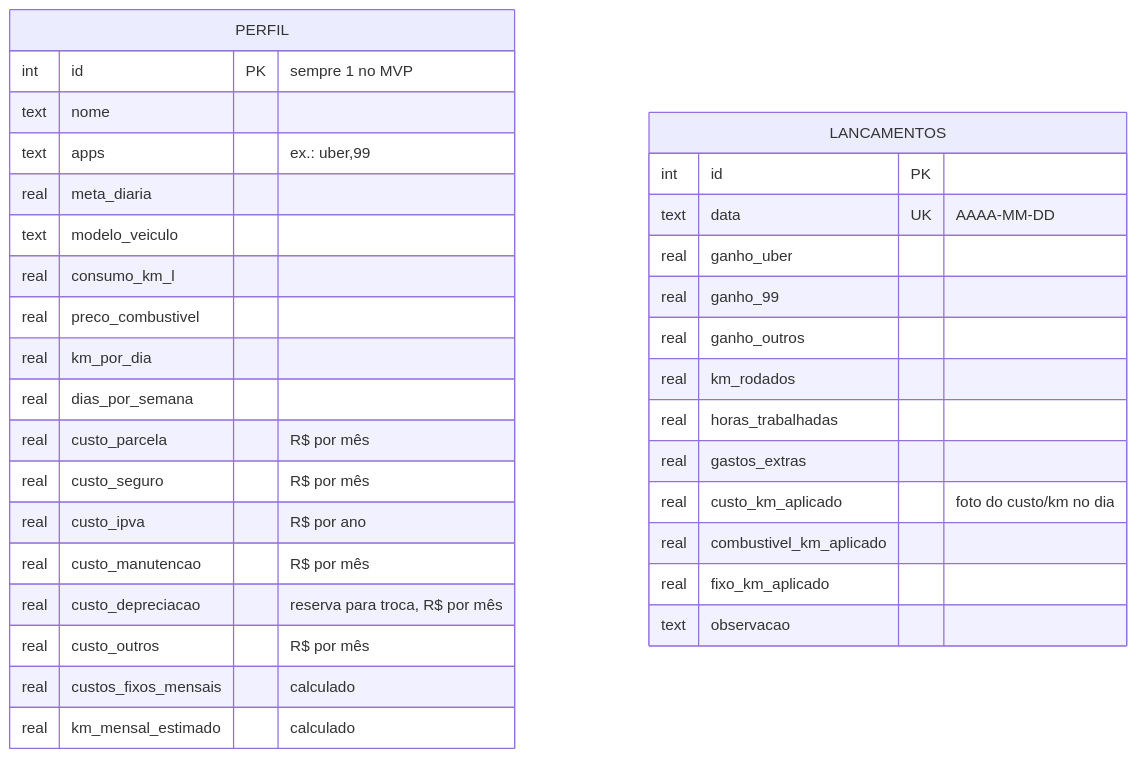
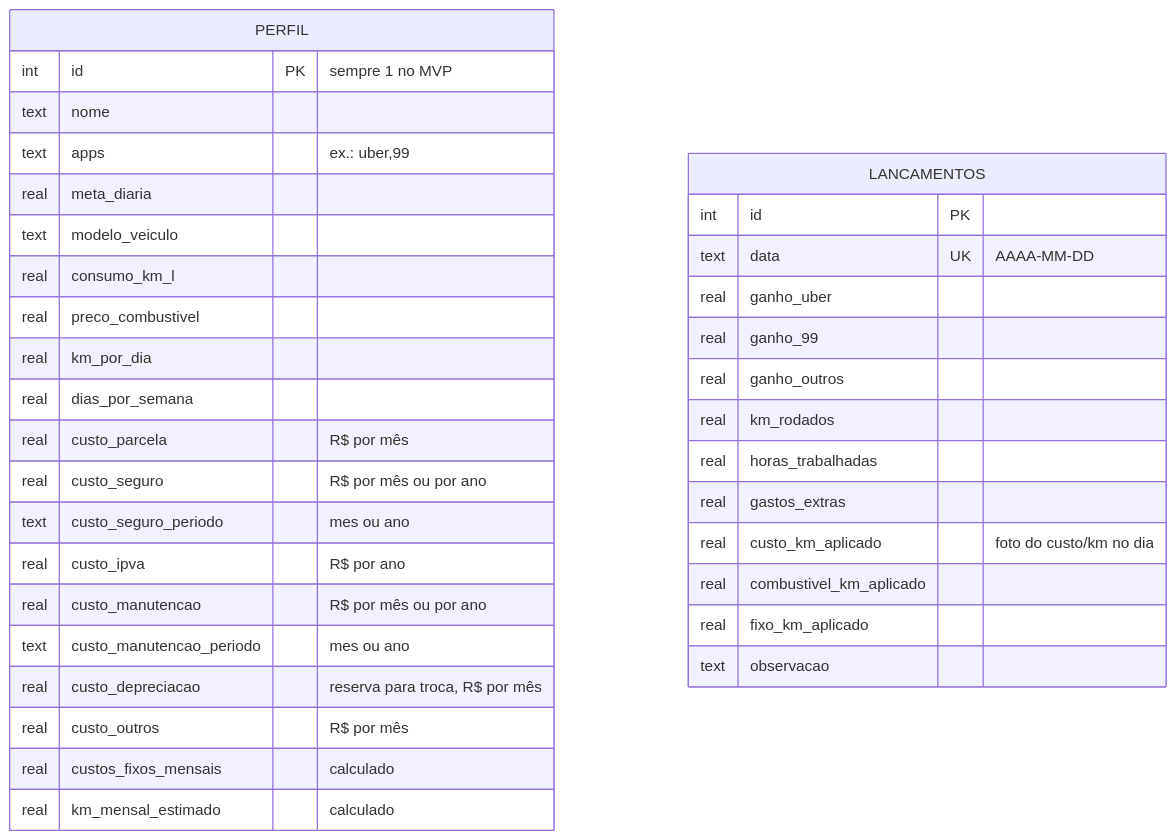
The second of 2 diagrams in README.md (lucasMD10/Quilo-metro-Labs), drawn with Mermaid before and after one commit. The commit also changed other lines of this file and 12 other files, not shown here.

First line of the commit message:
feat: seguro e manutenção por mês ou por ano

````diff
--- a/README.md
+++ b/README.md
@@ -204,36 +205,38 @@
 ```mermaid
 erDiagram
   PERFIL {
     int id PK "sempre 1 no MVP"
     text nome
     text apps "ex.: uber,99"
     real meta_diaria
     text modelo_veiculo
     real consumo_km_l
     real preco_combustivel
     real km_por_dia
     real dias_por_semana
     real custo_parcela "R$ por mês"
-    real custo_seguro "R$ por mês"
+    real custo_seguro "R$ por mês ou por ano"
+    text custo_seguro_periodo "mes ou ano"
     real custo_ipva "R$ por ano"
-    real custo_manutencao "R$ por mês"
+    real custo_manutencao "R$ por mês ou por ano"
+    text custo_manutencao_periodo "mes ou ano"
     real custo_depreciacao "reserva para troca, R$ por mês"
     real custo_outros "R$ por mês"
     real custos_fixos_mensais "calculado"
     real km_mensal_estimado "calculado"
   }
   LANCAMENTOS {
     int id PK
     text data UK "AAAA-MM-DD"
     real ganho_uber
     real ganho_99
     real ganho_outros
     real km_rodados
     real horas_trabalhadas
     real gastos_extras
     real custo_km_aplicado "foto do custo/km no dia"
     real combustivel_km_aplicado
     real fixo_km_aplicado
     text observacao
   }
 ```
````
